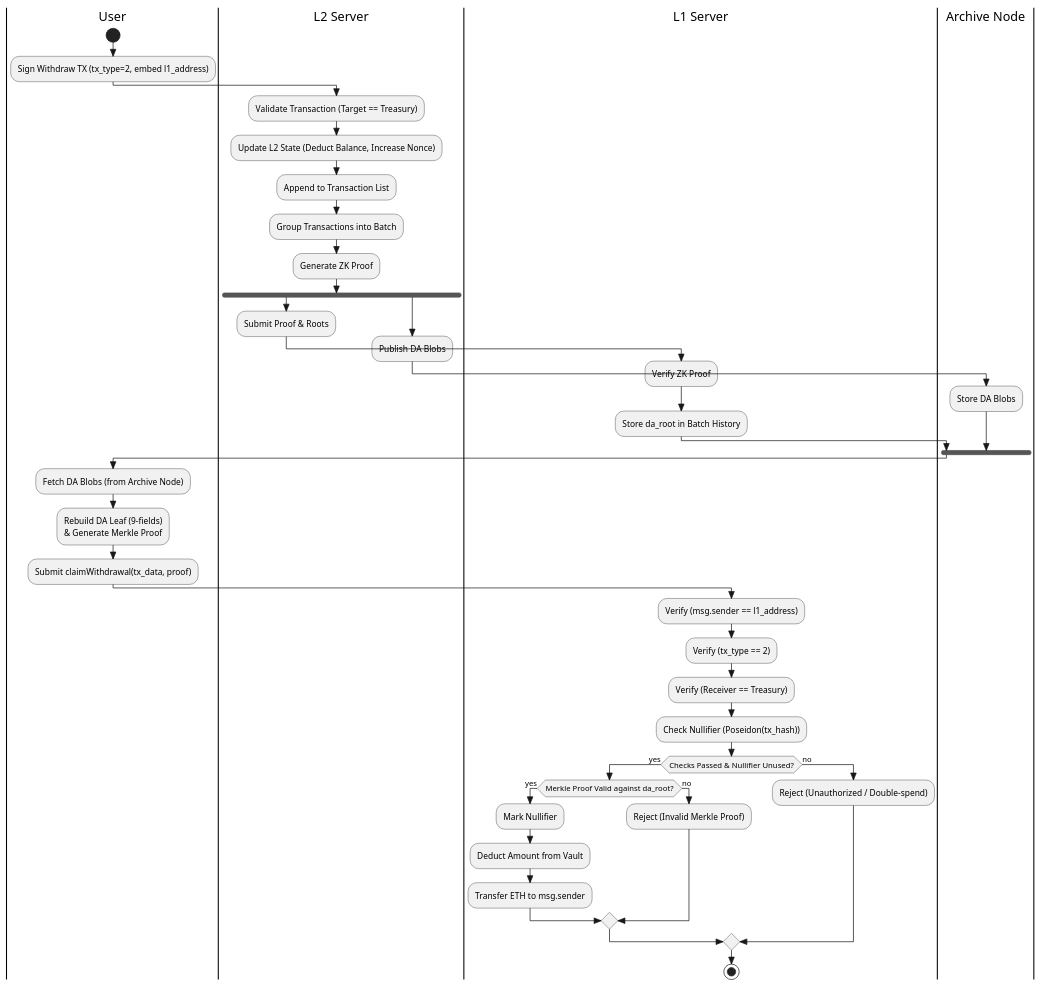
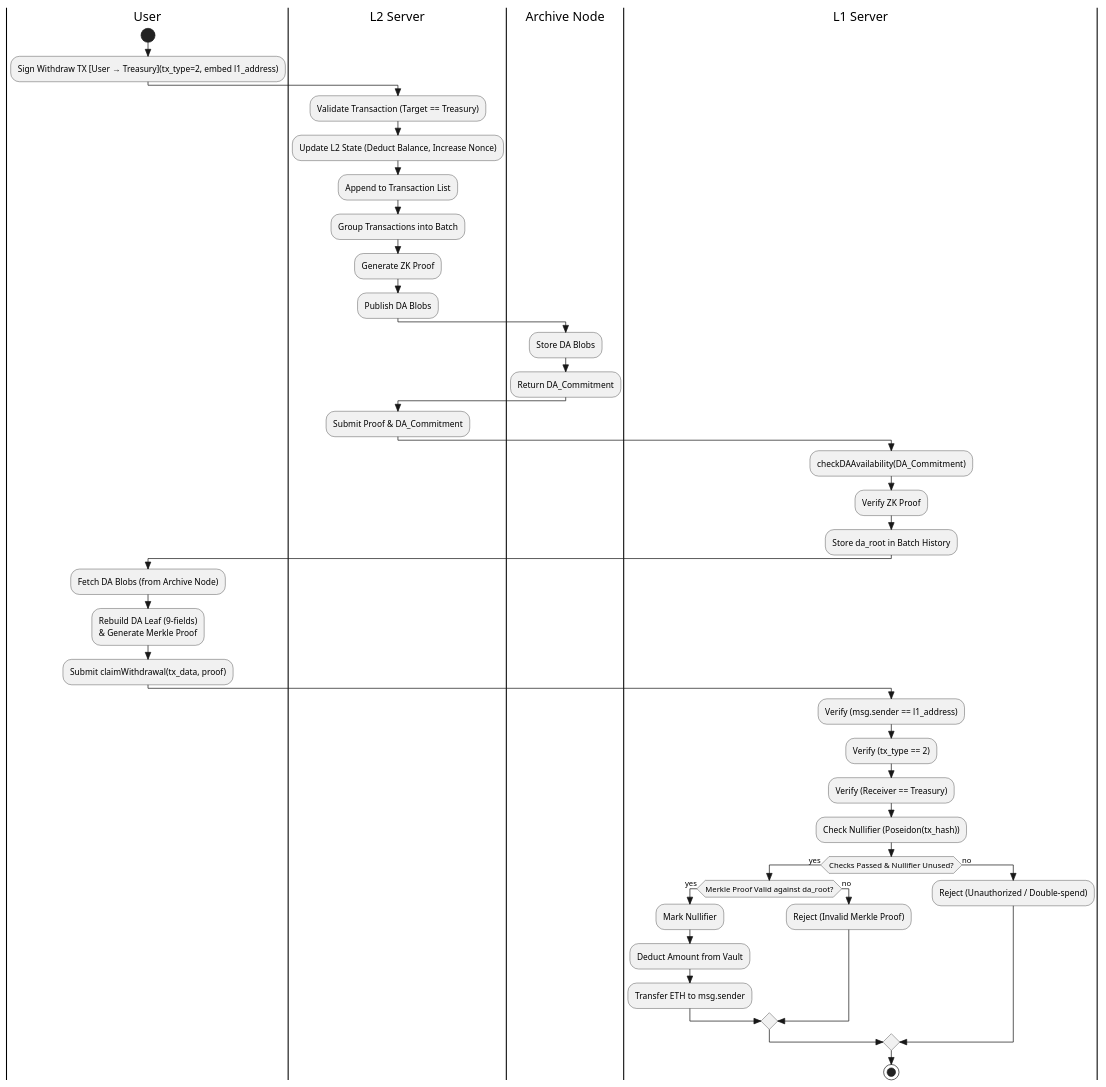
The diagram in .des/v1/activity/withdraw.wsd (Mtdung290504/ZK-rollup-simulation), drawn with PlantUML before and after one commit. The commit also changed 16 other files, not shown here.

```diff
--- a/.des/v1/activity/withdraw.wsd
+++ b/.des/v1/activity/withdraw.wsd
@@ -1,54 +1,53 @@
-@startuml "Withdraw Flow (L2 -> L1 - Manual Claim)"
+@startuml "Withdraw Flow (L2 -> L1)"
 skinparam style strictuml
 
 |User|
 start
-:Sign Withdraw TX (tx_type=2, embed l1_address);
+:Sign Withdraw TX [User → Treasury](tx_type=2, embed l1_address);
 
 |L2 Server|
 :Validate Transaction (Target == Treasury);
 :Update L2 State (Deduct Balance, Increase Nonce);
 :Append to Transaction List;
 
 |L2 Server|
 :Group Transactions into Batch;
 :Generate ZK Proof;
 
-fork
-  |L2 Server|
-  :Submit Proof & Roots;
-  |L1 Server|
-  :Verify ZK Proof;
-  :Store da_root in Batch History;
-fork again
-  |L2 Server|
-  :Publish DA Blobs;
-  |Archive Node|
-  :Store DA Blobs;
-end fork
+|L2 Server|
+:Publish DA Blobs;
+|Archive Node|
+:Store DA Blobs;
+:Return DA_Commitment;
+|L2 Server|
+:Submit Proof & DA_Commitment;
+|L1 Server|
+:checkDAAvailability(DA_Commitment);
+:Verify ZK Proof;
+:Store da_root in Batch History;
 
 |User|
 :Fetch DA Blobs (from Archive Node);
 :Rebuild DA Leaf (9-fields)\n& Generate Merkle Proof;
 :Submit claimWithdrawal(tx_data, proof);
 
 |L1 Server|
 :Verify (msg.sender == l1_address);
 :Verify (tx_type == 2);
 :Verify (Receiver == Treasury);
 :Check Nullifier (Poseidon(tx_hash));
 
 if (Checks Passed & Nullifier Unused?) then (yes)
   if (Merkle Proof Valid against da_root?) then (yes)
     :Mark Nullifier;
     :Deduct Amount from Vault;
     :Transfer ETH to msg.sender;
   else (no)
     :Reject (Invalid Merkle Proof);
   endif
 else (no)
   :Reject (Unauthorized / Double-spend);
 endif
 
 stop
 @enduml
```
